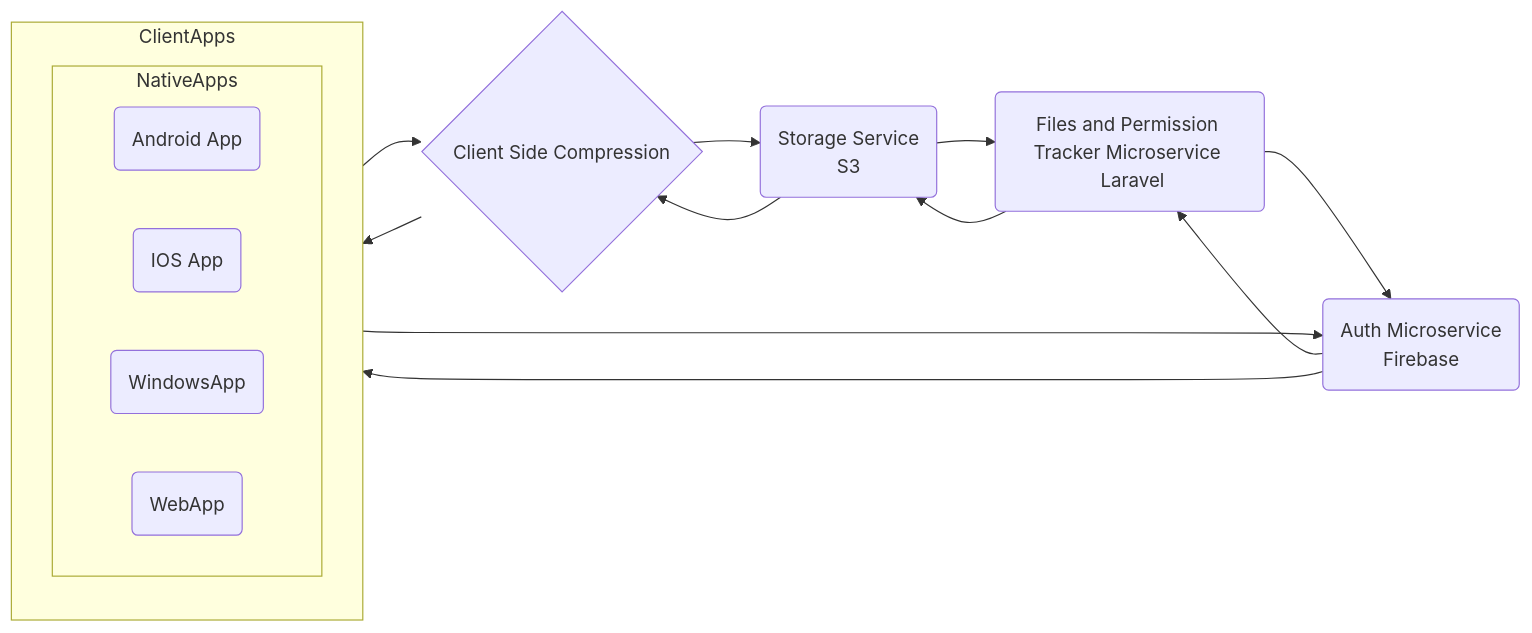
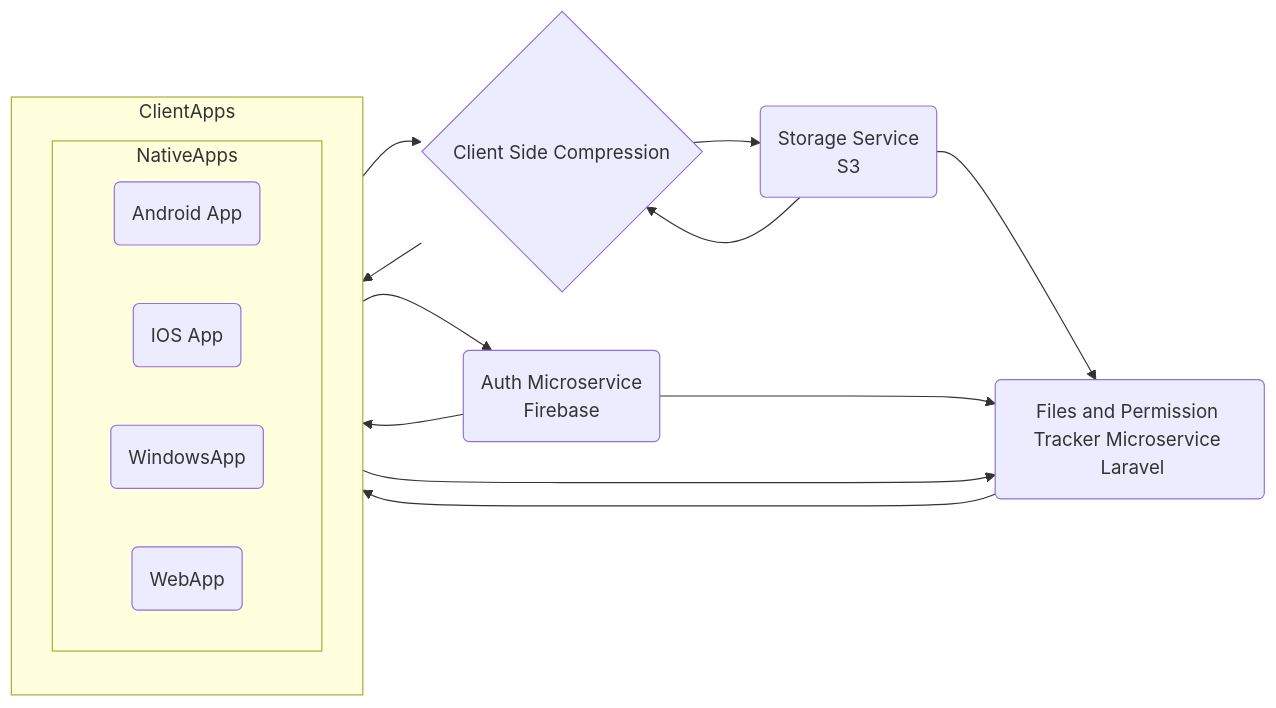
One commit to niamulhasan/system_designs changed the diagram in simple-cloud-drive-system-design.md. Above: the diagram before and after it, drawn with Mermaid.

````diff
--- a/simple-cloud-drive-system-design.md
+++ b/simple-cloud-drive-system-design.md
@@ -3,30 +3,30 @@
 ```mermaid
 flowchart LR
 
     subgraph ClientApps
         subgraph NativeApps
             AndroidApp(Android App)
             IOSApp(IOS App)
             WindowsApp(WindowsApp)
             WebApp(WebApp)
         end
     end
 
     CSS{Client Side Compression}
     AuthMicroservice(Auth Microservice <br/> Firebase)
     StorageService(Storage Service <br/> S3)
 
     FilesPermissionTrackerMicroservice(Files and Permission Tracker Microservice <br/> Laravel)
 
     CSS --> ClientApps
     ClientApps --> CSS
     CSS --> StorageService
     StorageService --> CSS
     StorageService --> FilesPermissionTrackerMicroservice
-    FilesPermissionTrackerMicroservice --> StorageService
 
     AuthMicroservice --> ClientApps
     ClientApps --> AuthMicroservice
     AuthMicroservice -->FilesPermissionTrackerMicroservice
-    FilesPermissionTrackerMicroservice --> AuthMicroservice
+    FilesPermissionTrackerMicroservice --> ClientApps
+    ClientApps --> FilesPermissionTrackerMicroservice
 ```
````
